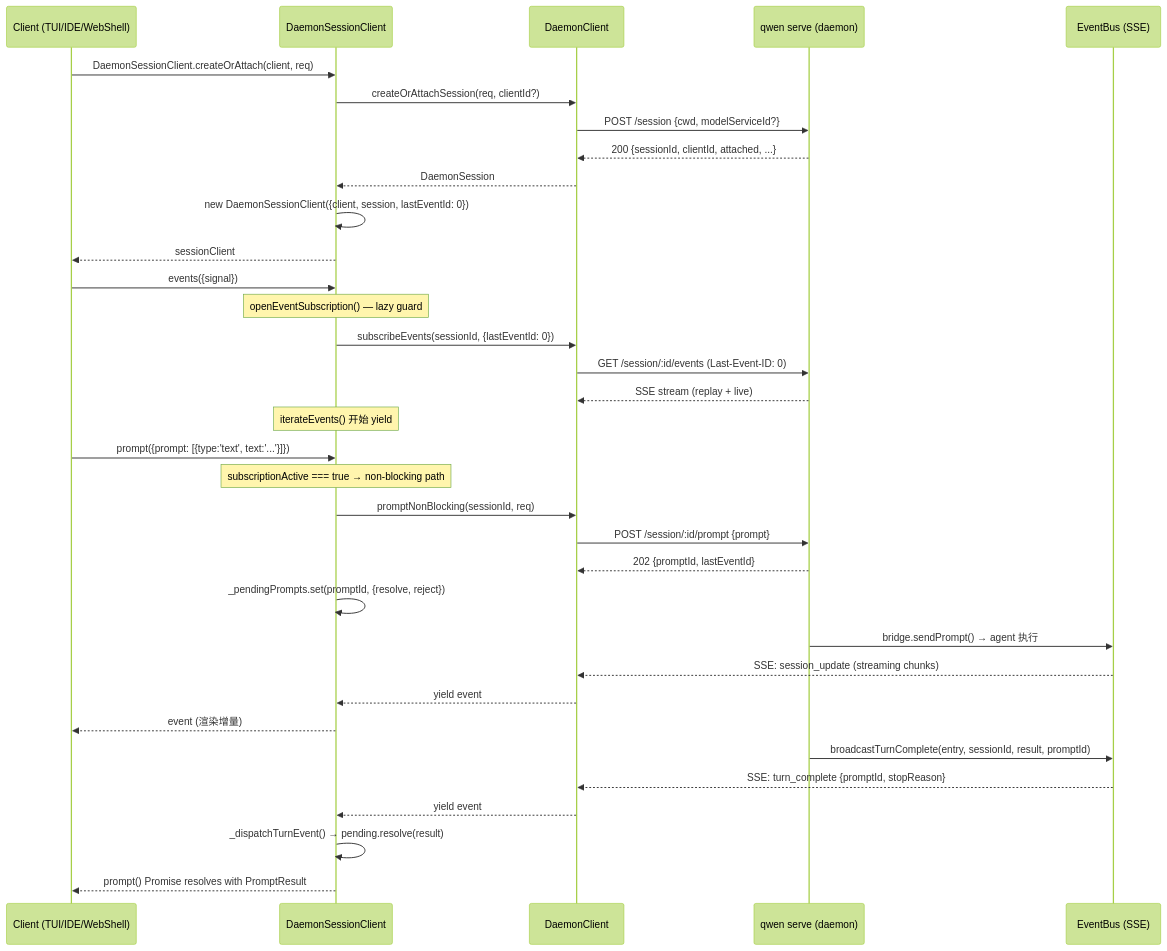
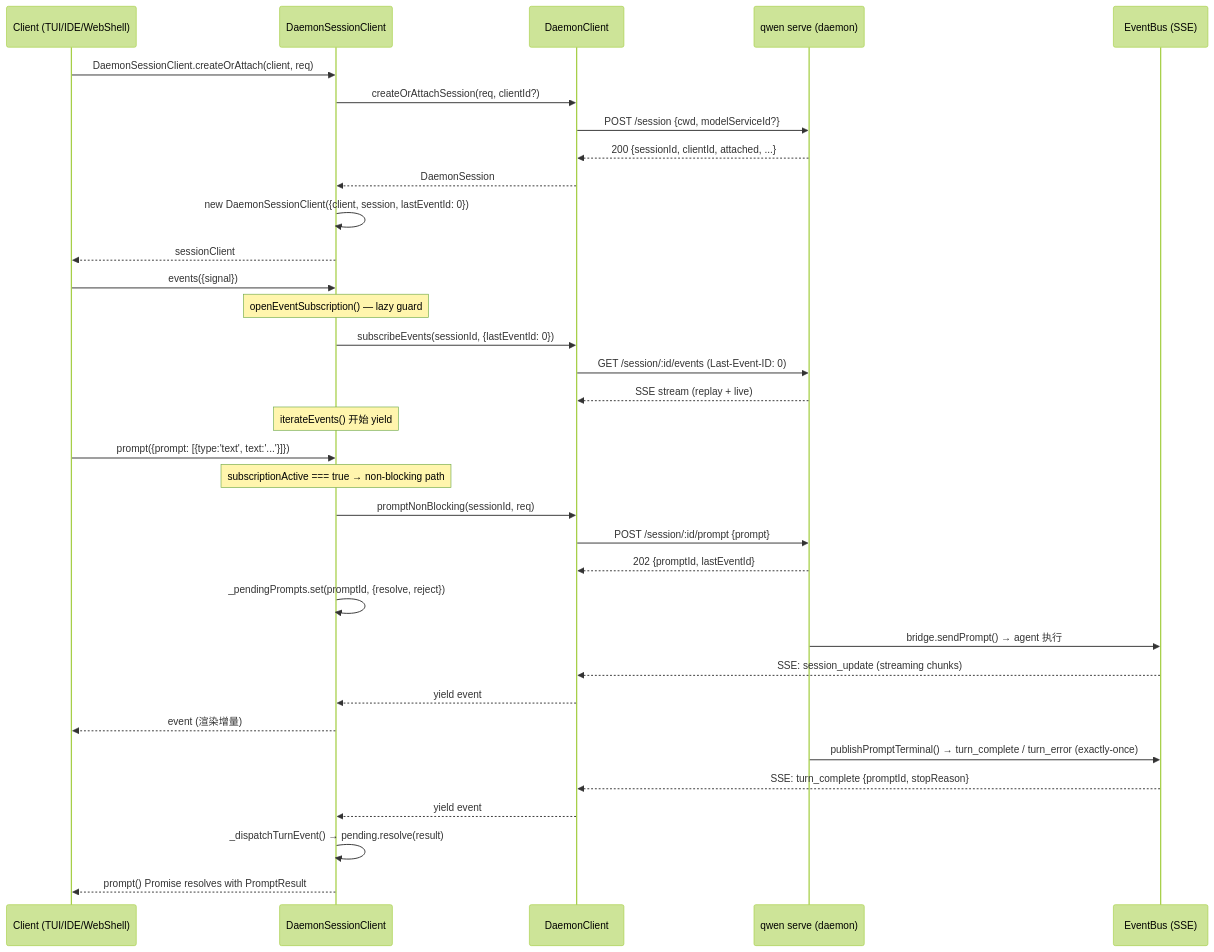
One commit to doudouOUC/code_agent changed the second of 3 diagrams in qwen-code/feature/daemon-serve-mode/10-client-adapters-and-sdk.md. Above: the diagram before and after it, drawn with Mermaid (forest theme). The commit also changed other lines of this file and 20 other files, not shown here.

````diff
--- a/qwen-code/feature/daemon-serve-mode/10-client-adapters-and-sdk.md
+++ b/qwen-code/feature/daemon-serve-mode/10-client-adapters-and-sdk.md
@@ -260,41 +260,41 @@
 ```mermaid
 sequenceDiagram
     participant C as Client (TUI/IDE/WebShell)
     participant SDK as DaemonSessionClient
     participant DC as DaemonClient
     participant D as qwen serve (daemon)
     participant Bus as EventBus (SSE)
 
     C->>SDK: DaemonSessionClient.createOrAttach(client, req)
     SDK->>DC: createOrAttachSession(req, clientId?)
     DC->>D: POST /session {cwd, modelServiceId?}
     D-->>DC: 200 {sessionId, clientId, attached, ...}
     DC-->>SDK: DaemonSession
     SDK->>SDK: new DaemonSessionClient({client, session, lastEventId: 0})
     SDK-->>C: sessionClient
 
     C->>SDK: events({signal})
     Note over SDK: openEventSubscription() — lazy guard
     SDK->>DC: subscribeEvents(sessionId, {lastEventId: 0})
     DC->>D: GET /session/:id/events (Last-Event-ID: 0)
     D-->>DC: SSE stream (replay + live)
     Note over SDK: iterateEvents() 开始 yield
 
     C->>SDK: prompt({prompt: [{type:'text', text:'...'}]})
     Note over SDK: subscriptionActive === true → non-blocking path
     SDK->>DC: promptNonBlocking(sessionId, req)
     DC->>D: POST /session/:id/prompt {prompt}
     D-->>DC: 202 {promptId, lastEventId}
     SDK->>SDK: _pendingPrompts.set(promptId, {resolve, reject})
 
     D->>Bus: bridge.sendPrompt() → agent 执行
     Bus-->>DC: SSE: session_update (streaming chunks)
     DC-->>SDK: yield event
     SDK-->>C: event (渲染增量)
 
-    D->>Bus: broadcastTurnComplete(entry, sessionId, result, promptId)
+    D->>Bus: publishPromptTerminal() → turn_complete / turn_error (exactly-once)
     Bus-->>DC: SSE: turn_complete {promptId, stopReason}
     DC-->>SDK: yield event
     SDK->>SDK: _dispatchTurnEvent() → pending.resolve(result)
     SDK-->>C: prompt() Promise resolves with PromptResult
 ```
````
